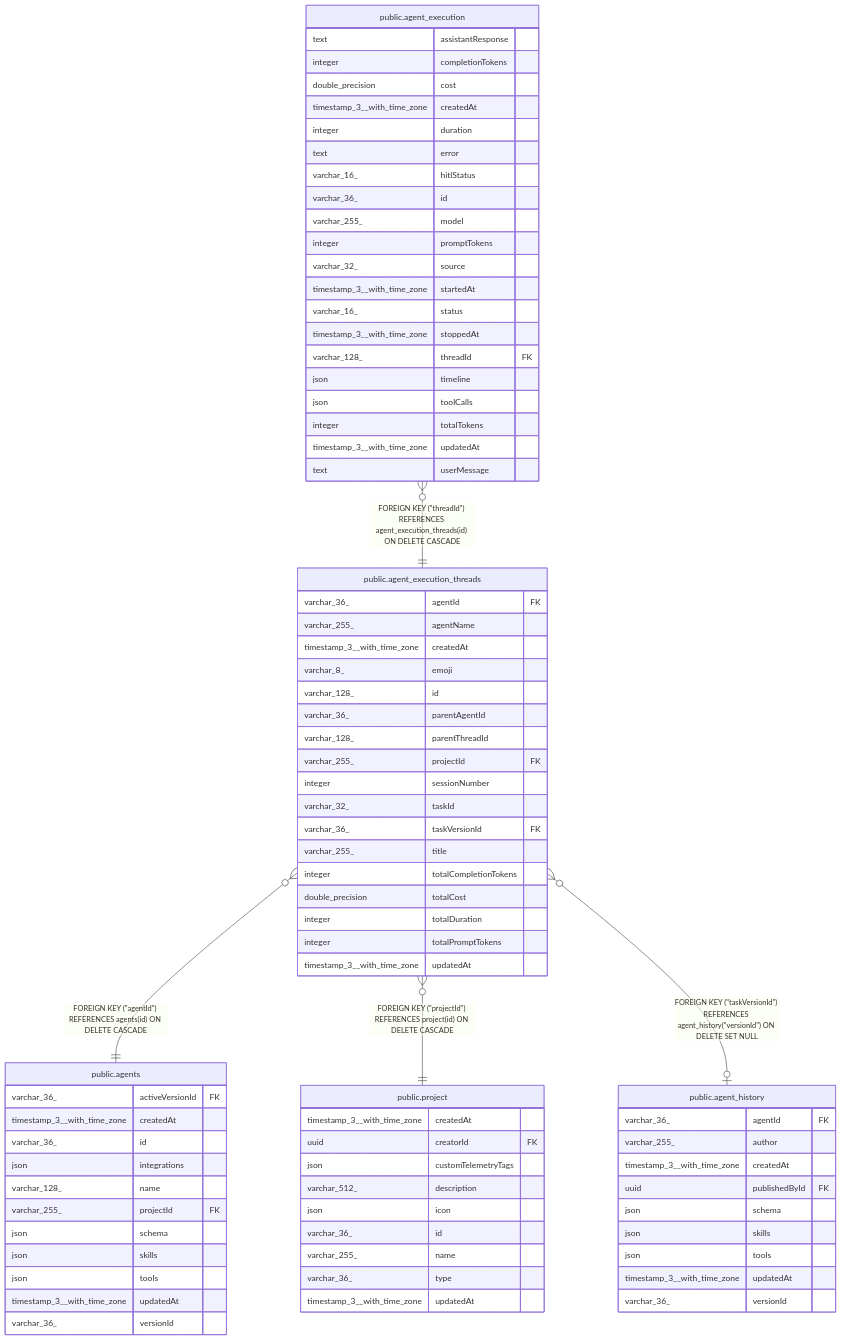
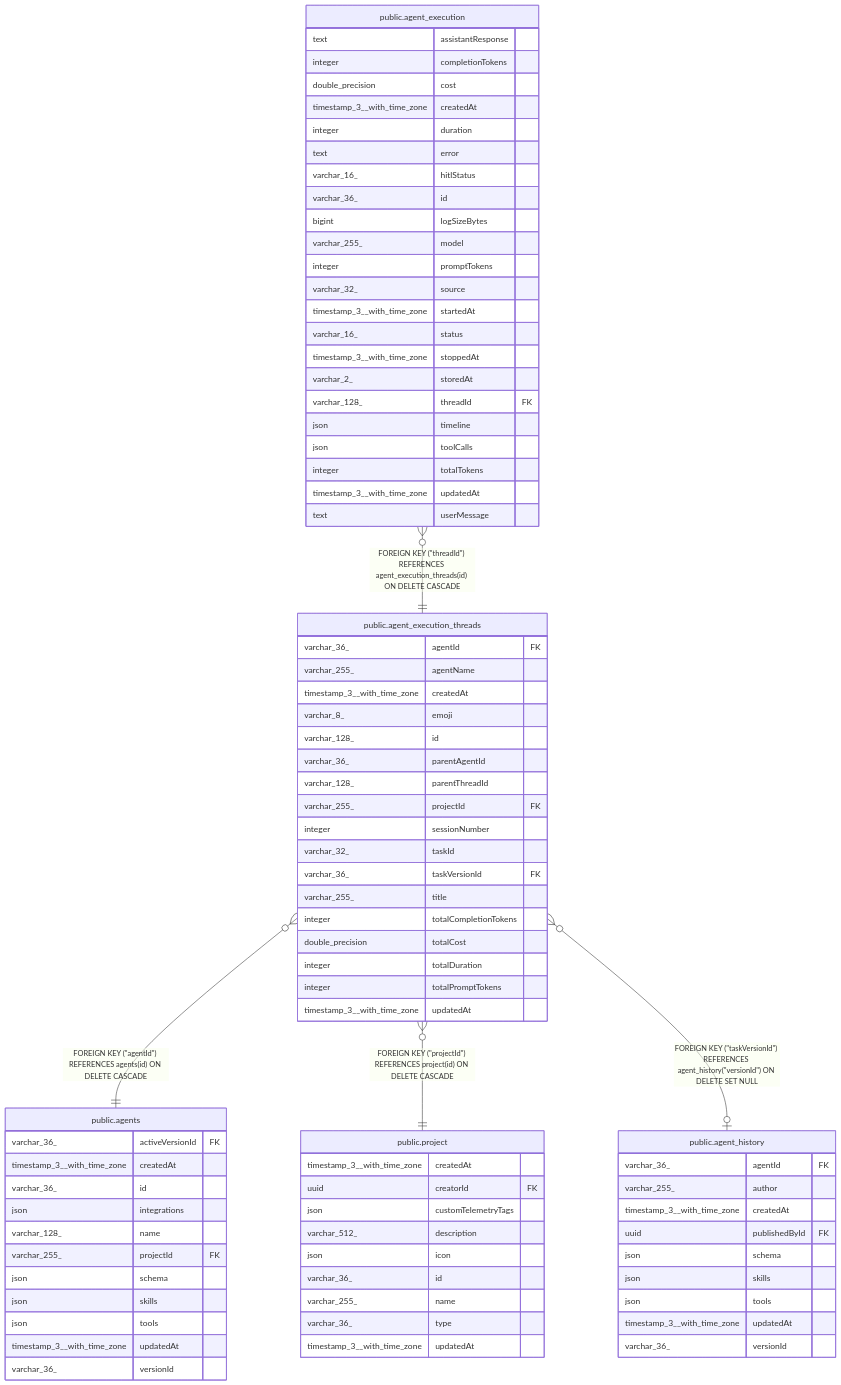
One commit to mayankjain1815-commits/n8n changed the diagram in docs/generated/postgres-schema/public.agent_execution_threads.md. Above: the diagram before and after it, drawn with Mermaid. The commit also changed 38 other files, not shown here.

```diff
--- a/docs/generated/postgres-schema/public.agent_execution_threads.md
+++ b/docs/generated/postgres-schema/public.agent_execution_threads.md
@@ -102,12 +102,14 @@
   text error
   varchar_16_ hitlStatus
   varchar_36_ id
+  bigint logSizeBytes
   varchar_255_ model
   integer promptTokens
   varchar_32_ source
   timestamp_3__with_time_zone startedAt
   varchar_16_ status
   timestamp_3__with_time_zone stoppedAt
+  varchar_2_ storedAt
   varchar_128_ threadId FK
   json timeline
   json toolCalls
```
